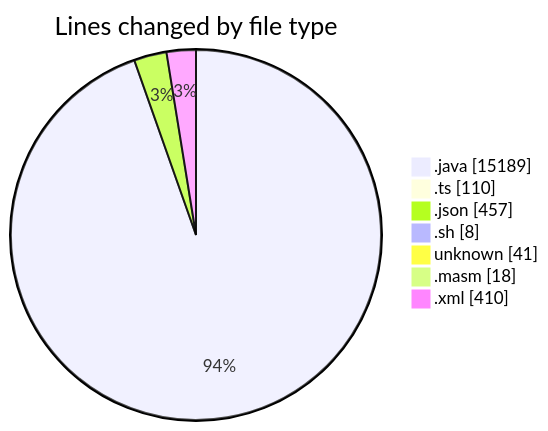
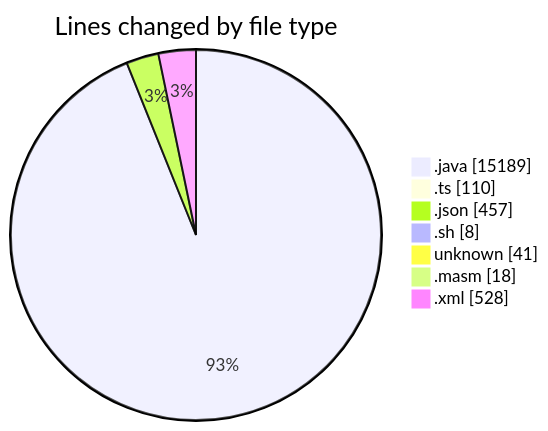
Before and after one commit to charlie-sans/code-tracking: the first of 2 diagrams in 2025-02-20/micros/README.md, drawn with Mermaid. The commit also changed other lines of this file and 1 other file, not shown here.

````diff
--- a/2025-02-20/micros/README.md
+++ b/2025-02-20/micros/README.md
@@ -69,11 +69,11 @@
 ```mermaid
 pie showData
 title Lines changed by file type
 ".java" : 15189
 ".ts" : 110
 ".json" : 457
 ".sh" : 8
 "unknown" : 41
 ".masm" : 18
-".xml" : 410
+".xml" : 528
 ```
````
